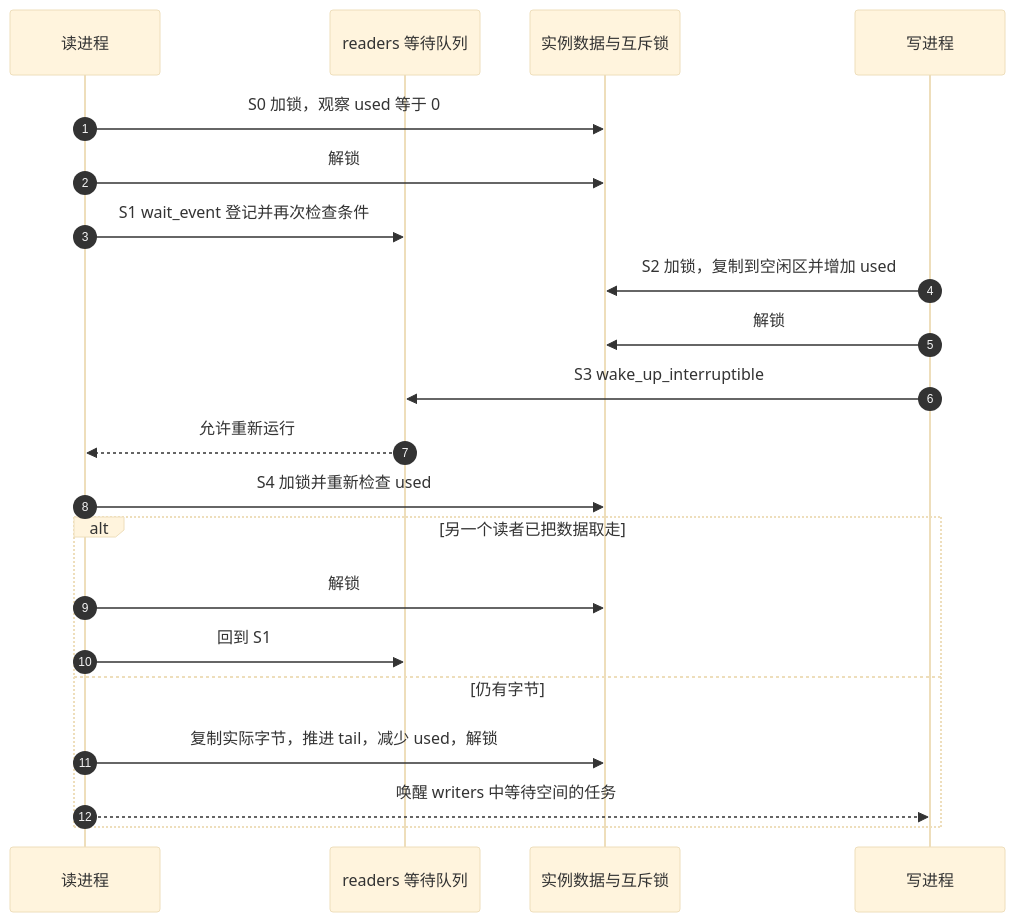
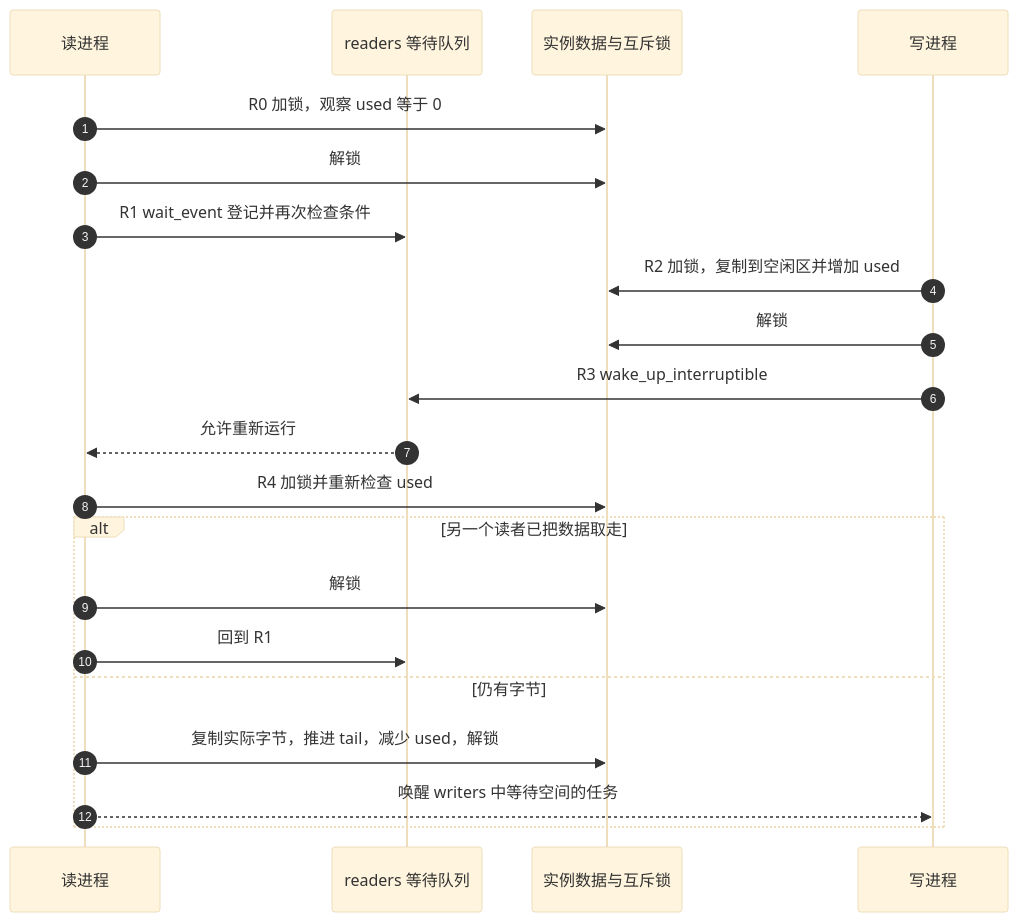
The second of 2 diagrams in knowledge/driver_model/character_device/P13_流式字符设备与等待通知模板.md (FormingSystem/linux_note), drawn with Mermaid (base theme) before and after one commit. The commit also changed other lines of this file and 3 other files, not shown here.

````diff
--- a/knowledge/driver_model/character_device/P13_流式字符设备与等待通知模板.md
+++ b/knowledge/driver_model/character_device/P13_流式字符设备与等待通知模板.md
@@ -45,23 +45,23 @@
 ```mermaid
 sequenceDiagram
     autonumber
     participant R as 读进程
     participant Q as readers 等待队列
     participant D as 实例数据与互斥锁
     participant W as 写进程
-    R->>D: S0 加锁，观察 used 等于 0
+    R->>D: R0 加锁，观察 used 等于 0
     R->>D: 解锁
-    R->>Q: S1 wait_event 登记并再次检查条件
-    W->>D: S2 加锁，复制到空闲区并增加 used
+    R->>Q: R1 wait_event 登记并再次检查条件
+    W->>D: R2 加锁，复制到空闲区并增加 used
     W->>D: 解锁
-    W->>Q: S3 wake_up_interruptible
+    W->>Q: R3 wake_up_interruptible
     Q-->>R: 允许重新运行
-    R->>D: S4 加锁并重新检查 used
+    R->>D: R4 加锁并重新检查 used
     alt 另一个读者已把数据取走
         R->>D: 解锁
-        R->>Q: 回到 S1
+        R->>Q: 回到 R1
     else 仍有字节
         R->>D: 复制实际字节，推进 tail，减少 used，解锁
         R-->>W: 唤醒 writers 中等待空间的任务
     end
 ```
````
